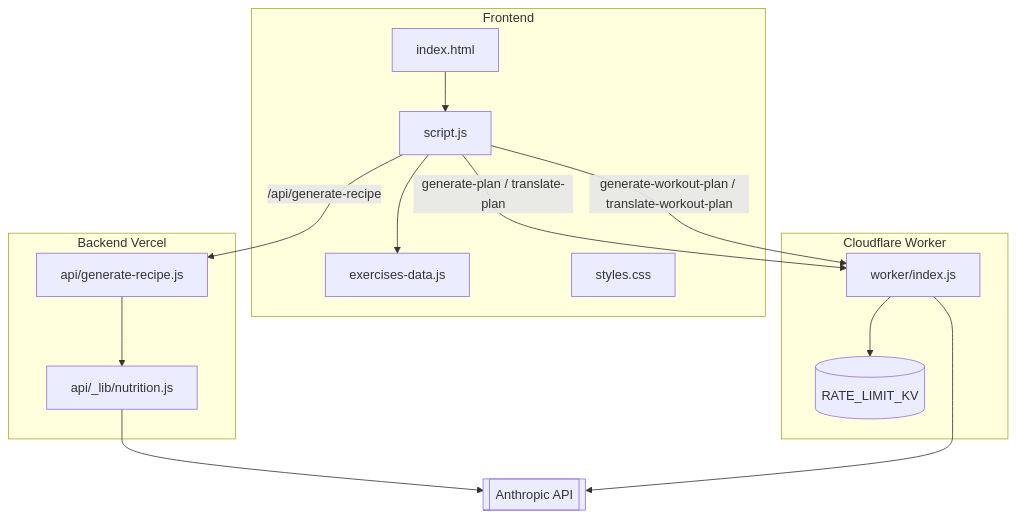
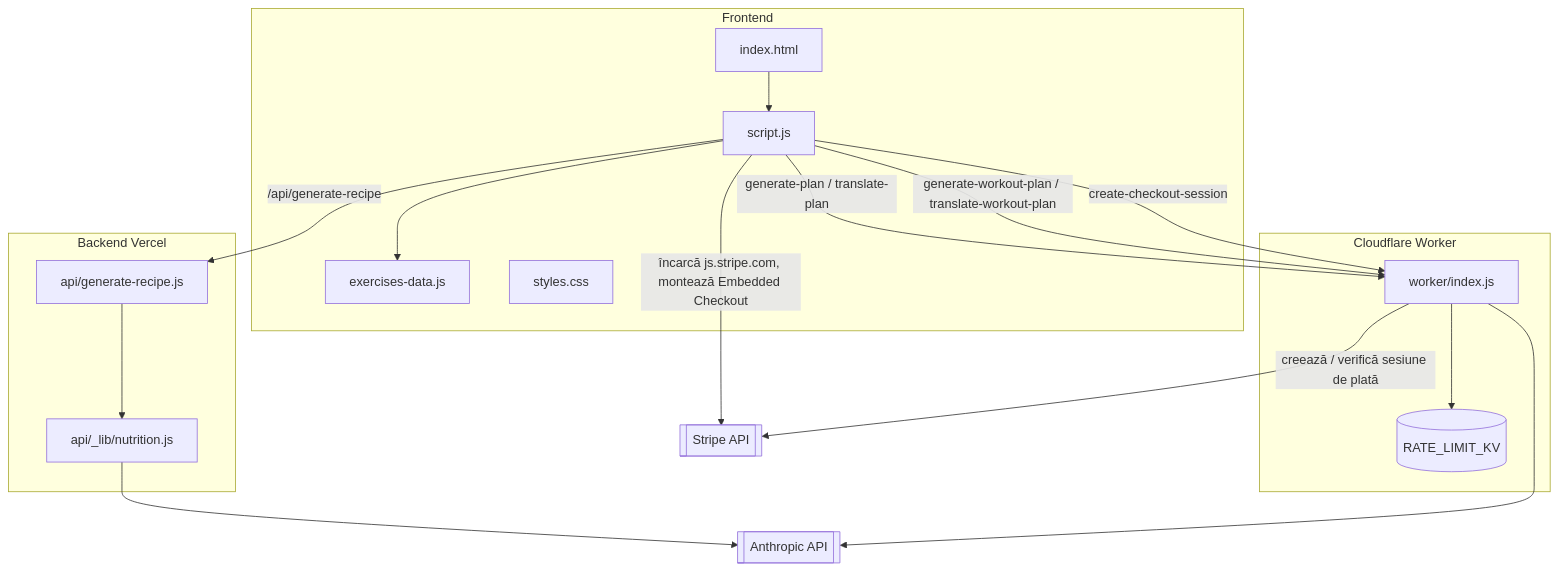
Before and after one commit to iarisgabor/ff-fitness-nutrition: the diagram in architecture.md, drawn with Mermaid. The commit also changed other lines of this file and 6 other files, not shown here.

````diff
--- a/architecture.md
+++ b/architecture.md
@@ -15,30 +15,34 @@
 ```mermaid
 flowchart TB
     subgraph Frontend["Frontend"]
         IH[index.html]
         SJ[script.js]
         ED[exercises-data.js]
         CSS[styles.css]
     end
 
     subgraph Vercel["Backend Vercel"]
         API[api/generate-recipe.js]
         LIB[api/_lib/nutrition.js]
     end
 
     subgraph CF["Cloudflare Worker"]
         WI[worker/index.js]
         KV[(RATE_LIMIT_KV)]
     end
 
     ANTH[[Anthropic API]]
+    STRIPE[[Stripe API]]
 
     IH --> SJ
     SJ --> ED
     SJ -- "/api/generate-recipe" --> API
     API --> LIB --> ANTH
     SJ -- "generate-plan / translate-plan" --> WI
     SJ -- "generate-workout-plan / translate-workout-plan" --> WI
+    SJ -- "create-checkout-session" --> WI
+    SJ -- "încarcă js.stripe.com, montează Embedded Checkout" --> STRIPE
+    WI -- "creează / verifică sesiune de plată" --> STRIPE
     WI --> KV
     WI --> ANTH
 ```
````
